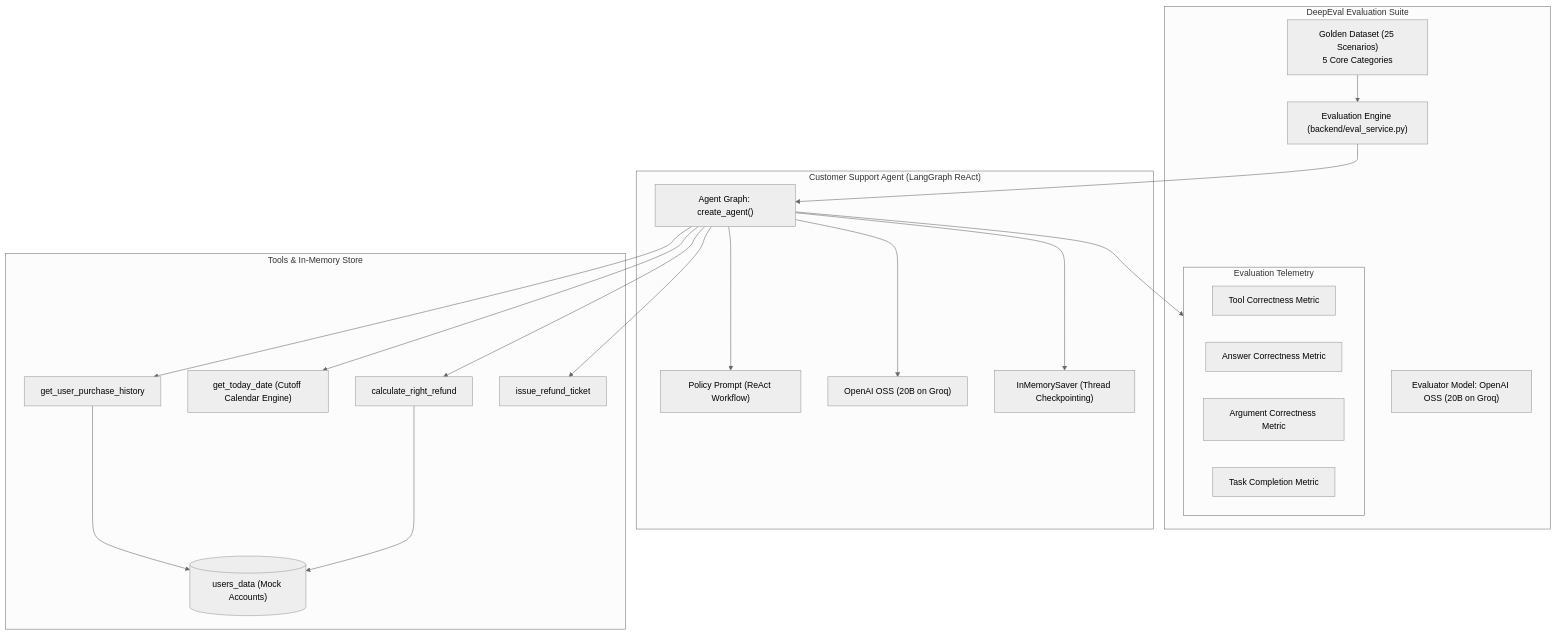
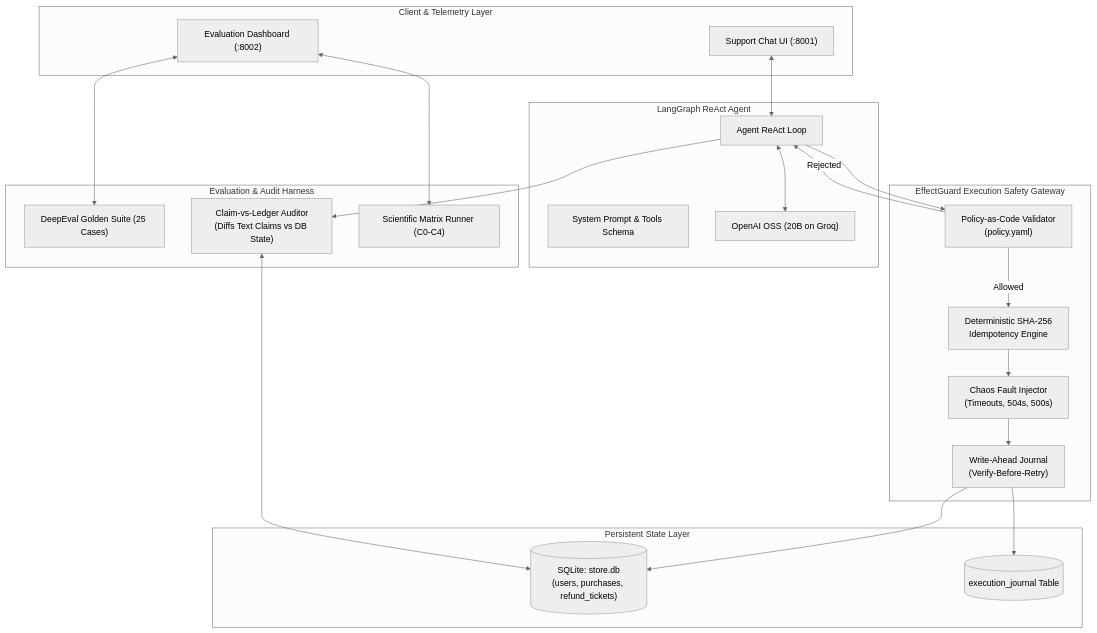
The diagram in README.md (SudeepKarthik30/AgentSentinel-Enterprise-Agent-Evaluation-Policy-Guardrail-Harness), drawn with Mermaid (neutral theme) before and after one commit. The commit also changed other lines of this file and 136 other files, not shown here.

First line of the commit message:
feat: upgrade to AgentSentinel + EffectGuard execution safety gateway and policy guardrail harness

````diff
--- a/README.md
+++ b/README.md
@@ -64,40 +105,43 @@
 ```mermaid
 flowchart TD
-    subgraph Evaluation_Harness ["DeepEval Evaluation Suite"]
-        Dataset["Golden Dataset (25 Scenarios)<br/>5 Core Categories"]
-        JudgeModel["Evaluator Model: OpenAI OSS (20B on Groq)"]
-        Runner["Evaluation Engine (backend/eval_service.py)"]
-        
-        subgraph Core_Metrics ["Evaluation Telemetry"]
-            M1["Tool Correctness Metric"]
-            M2["Answer Correctness Metric"]
-            M3["Argument Correctness Metric"]
-            M4["Task Completion Metric"]
-        end
+    subgraph Client_Layer ["Client & Telemetry Layer"]
+        UserChat["Support Chat UI (:8001)"]
+        EvalDash["Evaluation Dashboard (:8002)"]
     end
 
-    subgraph Agent_Runtime ["Customer Support Agent (LangGraph ReAct)"]
-        AgentCore["Agent Graph: create_agent()"]
-        SystemPrompt["Policy Prompt (ReAct Workflow)"]
+    subgraph Agent_Core ["LangGraph ReAct Agent"]
+        AgentLoop["Agent ReAct Loop"]
+        PromptEngine["System Prompt & Tools Schema"]
         LLM["OpenAI OSS (20B on Groq)"]
-        Memory["InMemorySaver (Thread Checkpointing)"]
     end
 
-    subgraph Tools_And_Data ["Tools & In-Memory Store"]
-        T1["get_user_purchase_history"]
-        T2["get_today_date (Cutoff Calendar Engine)"]
-        T3["calculate_right_refund"]
-        T4["issue_refund_ticket"]
-        DB[("users_data (Mock Accounts)")]
+    subgraph EffectGuard_Gateway ["EffectGuard Execution Safety Gateway"]
+        PAC["Policy-as-Code Validator<br/>(policy.yaml)"]
+        Idempotency["Deterministic SHA-256<br/>Idempotency Engine"]
+        WAL["Write-Ahead Journal<br/>(Verify-Before-Retry)"]
+        FaultInjector["Chaos Fault Injector<br/>(Timeouts, 504s, 500s)"]
     end
 
-    Dataset --> Runner
-    Runner --> AgentCore
-    AgentCore --> SystemPrompt
-    AgentCore --> LLM
-    AgentCore --> Memory
-    AgentCore --> T1 & T2 & T3 & T4
-    T1 & T3 --> DB
+    subgraph Persistence ["Persistent State Layer"]
+        DB[("SQLite: store.db<br/>(users, purchases, refund_tickets)")]
+        Journal[("execution_journal Table")]
+    end
 
-    AgentCore --> Core_Metrics
+    subgraph Audit_And_Eval ["Evaluation & Audit Harness"]
+        DeepEval["DeepEval Golden Suite (25 Cases)"]
+        ClaimAuditor["Claim-vs-Ledger Auditor<br/>(Diffs Text Claims vs DB State)"]
+        MatrixRunner["Scientific Matrix Runner (C0-C4)"]
+    end
+
+    UserChat <--> AgentLoop
+    AgentLoop <--> LLM
+    AgentLoop --> PAC
+    PAC -->|Allowed| Idempotency
+    PAC -->|Rejected| AgentLoop
+    Idempotency --> FaultInjector
+    FaultInjector --> WAL
+    WAL --> DB & Journal
+    AgentLoop --> ClaimAuditor
+    ClaimAuditor <--> DB
+    EvalDash <--> DeepEval & MatrixRunner
 ```
````
